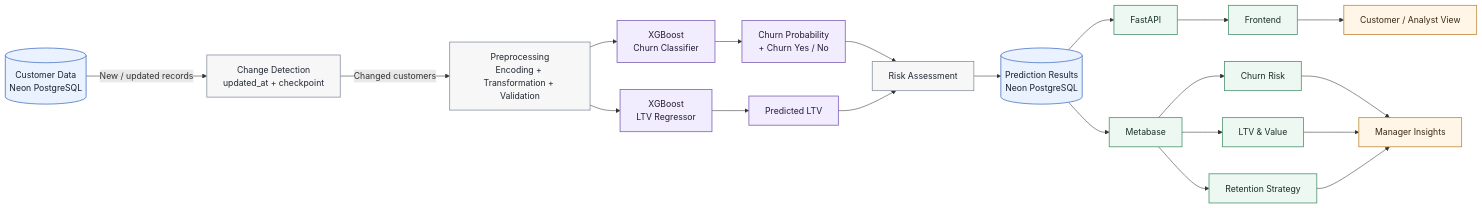
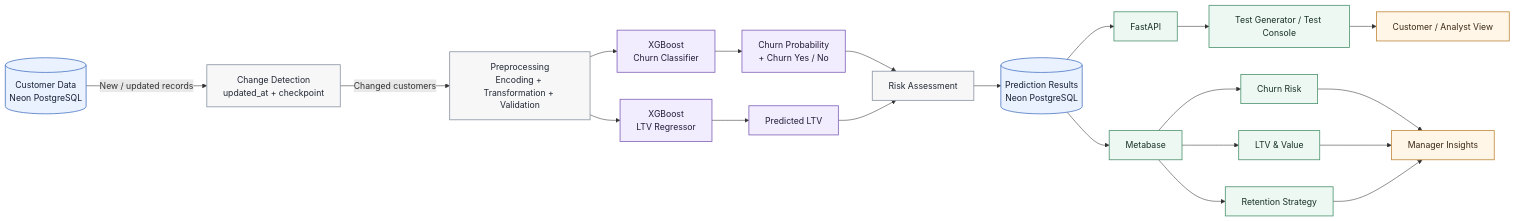
One commit to Tharuni-23/Customer-Churn-Prediction-And-Lifetime-Value-LTV-Engine changed the second of 12 diagrams in README.md. Above: the diagram before and after it, drawn with Mermaid. The commit also changed other lines of this file and 5 other files, not shown here.

````diff
--- a/README.md
+++ b/README.md
@@ -84,45 +84,45 @@
 ```mermaid
 flowchart LR
     A[("Customer Data<br/>Neon PostgreSQL")]
     B["Change Detection<br/>updated_at + checkpoint"]
     C["Preprocessing<br/>Encoding + Transformation + Validation"]
 
     A -->|"New / updated records"| B
     B -->|"Changed customers"| C
 
     C --> D["XGBoost<br/>Churn Classifier"]
     C --> E["XGBoost<br/>LTV Regressor"]
 
     D --> F["Churn Probability<br/>+ Churn Yes / No"]
     E --> G["Predicted LTV"]
 
     F --> H["Risk Assessment"]
     G --> H
 
     H --> I[("Prediction Results<br/>Neon PostgreSQL")]
 
     I --> J["FastAPI"]
-    J --> K["Frontend"]
+    J --> K["Test Generator / Test Console"]
 
     I --> L["Metabase"]
     L --> M["Churn Risk"]
     L --> N["LTV & Value"]
     L --> O["Retention Strategy"]
 
     K --> P["Customer / Analyst View"]
     M --> Q["Manager Insights"]
     N --> Q
     O --> Q
 
     classDef data fill:#eaf2ff,stroke:#4f78c4,stroke-width:1.5px,color:#172033;
     classDef process fill:#f7f7f8,stroke:#8b95a5,stroke-width:1.5px,color:#202733;
     classDef ml fill:#f2ecff,stroke:#8064b8,stroke-width:1.5px,color:#241c35;
     classDef output fill:#edf8f3,stroke:#4f9470,stroke-width:1.5px,color:#173024;
     classDef app fill:#fff6e8,stroke:#c18b3f,stroke-width:1.5px,color:#3a2913;
 
     class A,I data;
     class B,C,H process;
     class D,E,F,G ml;
     class J,K,L,M,N,O output;
     class P,Q app;
 ```
````
